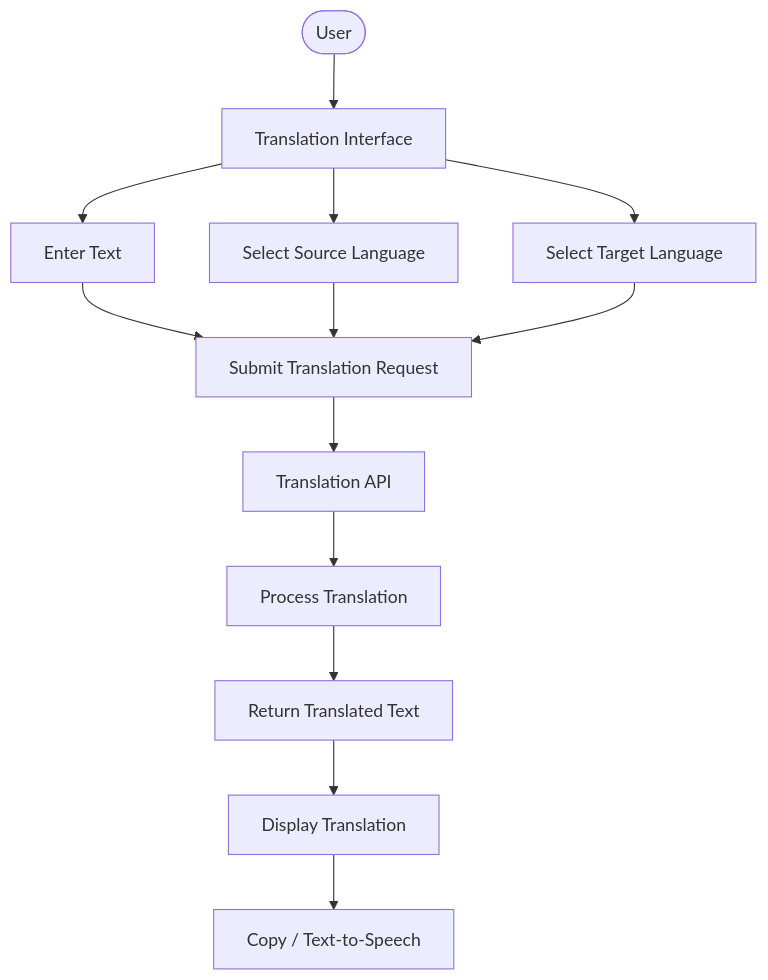
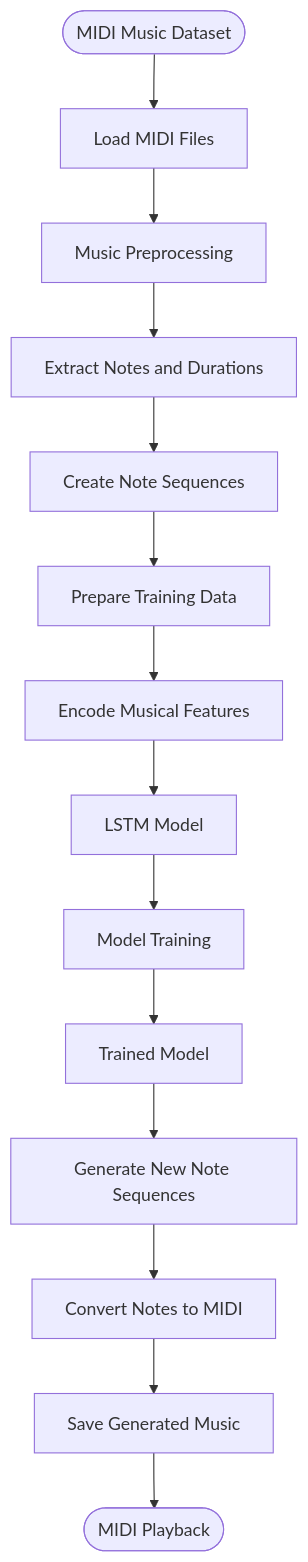
The first of 4 diagrams in README.md (Avinash-k18/CodeAlphaMusicGenerationWithAI), drawn with Mermaid before and after one commit. The commit also changed other lines of this file, not shown here.

````diff
--- a/README.md
+++ b/README.md
@@ -45,15 +51,16 @@
-```mermaid
+```mermaid id="musicarch"
 flowchart TD
-    A([User]) --> B[Translation Interface]
-    B --> C[Enter Text]
-    B --> D[Select Source Language]
-    B --> E[Select Target Language]
-    C --> F[Submit Translation Request]
-    D --> F
-    E --> F
-    F --> G[Translation API]
-    G --> H[Process Translation]
-    H --> I[Return Translated Text]
-    I --> J[Display Translation]
-    J --> K[Copy / Text-to-Speech]
+    A([MIDI Music Dataset]) --> B[Load MIDI Files]
+    B --> C[Music Preprocessing]
+    C --> D[Extract Notes and Durations]
+    D --> E[Create Note Sequences]
+    E --> F[Prepare Training Data]
+    F --> G[Encode Musical Features]
+    G --> H[LSTM Model]
+    H --> I[Model Training]
+    I --> J[Trained Model]
+    J --> K[Generate New Note Sequences]
+    K --> L[Convert Notes to MIDI]
+    L --> M[Save Generated Music]
+    M --> N([MIDI Playback])
 ```
````
